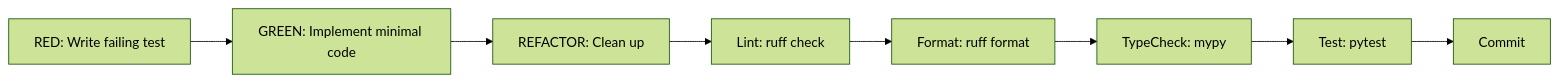
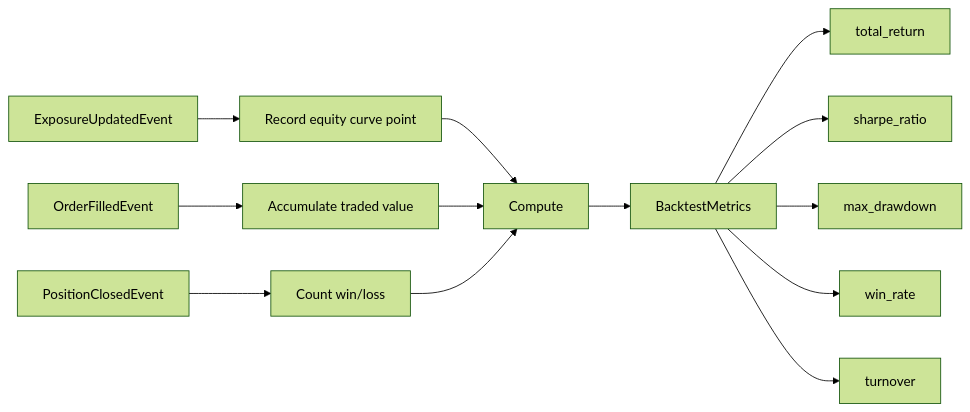
One commit to aryamsharma/edrader changed the sixth of 8 diagrams in .agents/summary/workflows.md. Above: the diagram before and after it, drawn with Mermaid (forest theme). The commit also changed other lines of this file and 12 other files, not shown here.

````diff
--- a/.agents/summary/workflows.md
+++ b/.agents/summary/workflows.md
@@ -103,10 +189,15 @@
 ```mermaid
-graph LR
-    R[RED: Write failing test] --> G[GREEN: Implement minimal code]
-    G --> R2[REFACTOR: Clean up]
-    R2 --> L[Lint: ruff check]
-    L --> F[Format: ruff format]
-    F --> T[TypeCheck: mypy]
-    T --> P[Test: pytest]
-    P --> C[Commit]
+flowchart LR
+    EUE[ExposureUpdatedEvent] --> EQ[Record equity curve point]
+    OFE[OrderFilledEvent] --> TV[Accumulate traded value]
+    PCE[PositionClosedEvent] --> WL[Count win/loss]
+    EQ --> Compute
+    TV --> Compute
+    WL --> Compute
+    Compute --> Result[BacktestMetrics]
+    Result --> Ret[total_return]
+    Result --> SR[sharpe_ratio]
+    Result --> DD[max_drawdown]
+    Result --> WR[win_rate]
+    Result --> TO[turnover]
 ```
````
